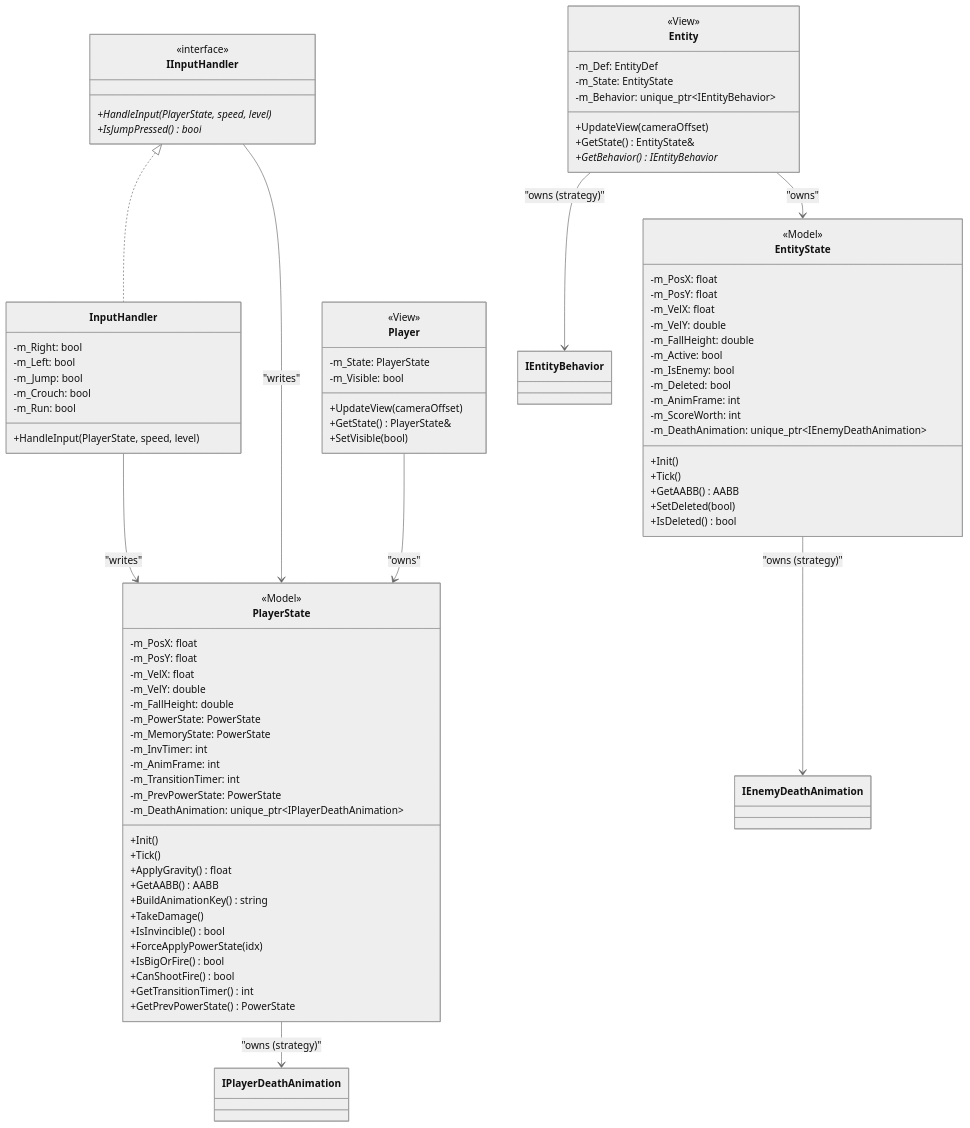
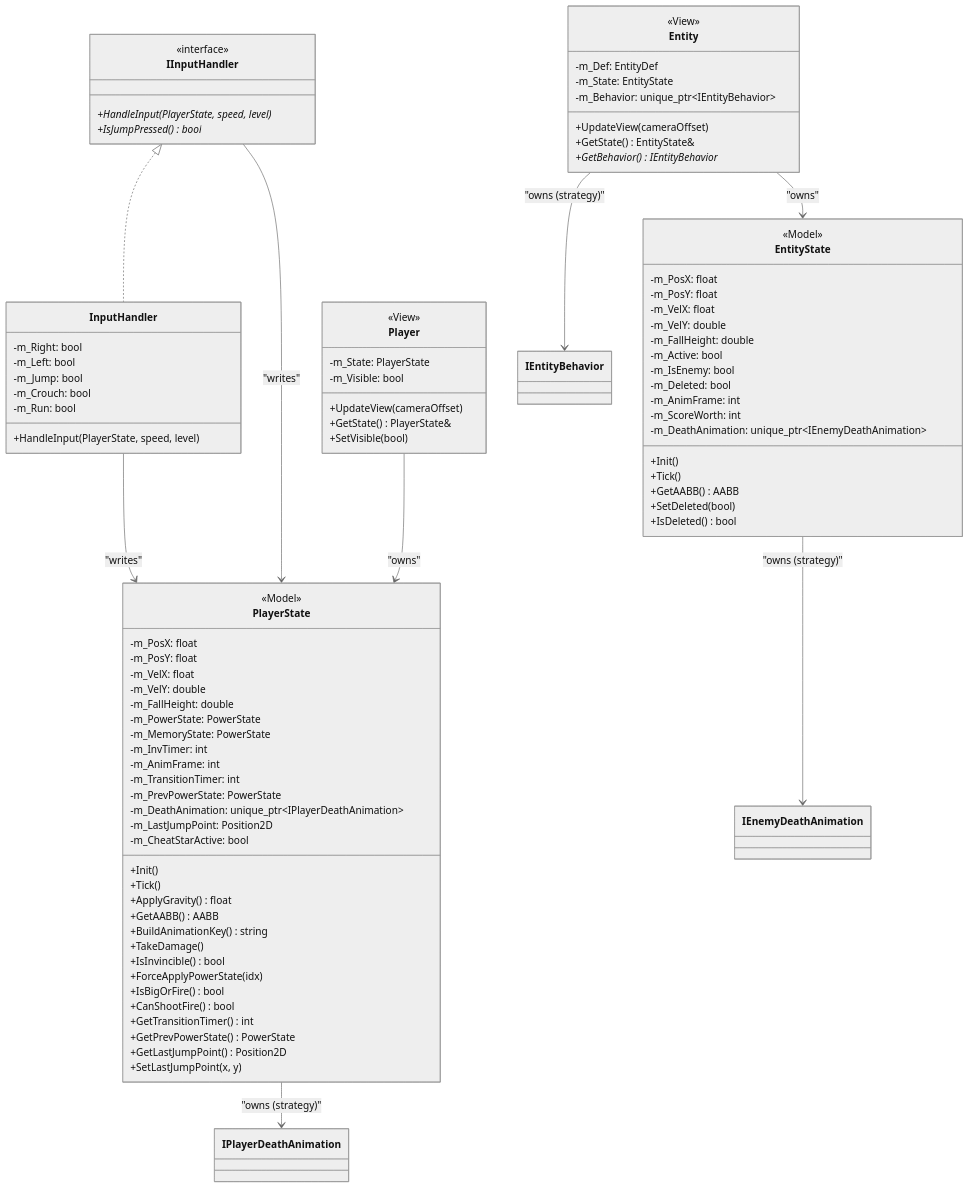
The ninth of 23 diagrams in Constructure.md (Andy87877/NTUT_OOPL_mario), drawn with Mermaid (neutral theme) before and after one commit. The commit also changed other lines of this file and 22 other files, not shown here.

```diff
--- a/Constructure.md
+++ b/Constructure.md
@@ -641,6 +642,8 @@
         -m_TransitionTimer: int
         -m_PrevPowerState: PowerState
         -m_DeathAnimation: unique_ptr~IPlayerDeathAnimation~
+        -m_LastJumpPoint: Position2D
+        -m_CheatStarActive: bool
         +Init()
         +Tick()
         +ApplyGravity() float
@@ -653,6 +656,8 @@
         +CanShootFire() bool
         +GetTransitionTimer() int
         +GetPrevPowerState() PowerState
+        +GetLastJumpPoint() Position2D
+        +SetLastJumpPoint(x, y)
     }
 
     class Player {
```
